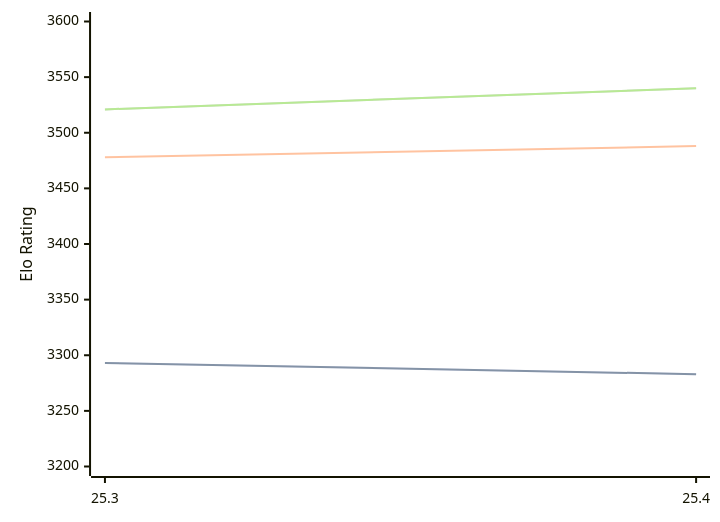
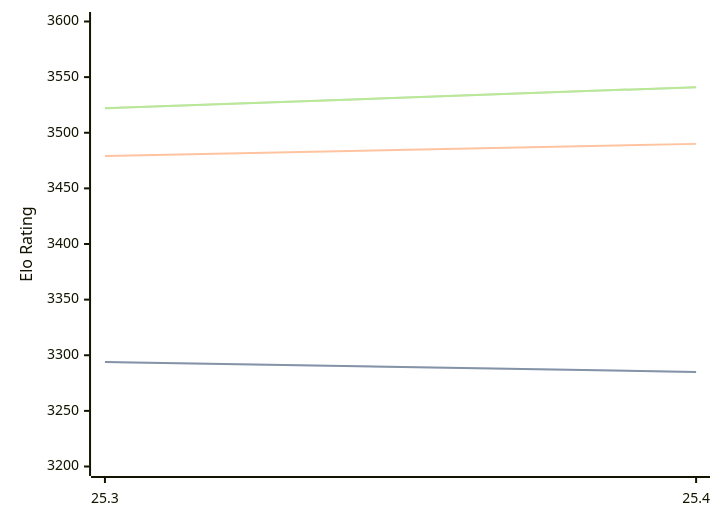
Before and after one commit to computer-chess-index/cci: the diagram in engines/Arasan.md, drawn with Mermaid. The commit also changed other lines of this file, not shown here.

Commit message:
Update CCI Ratings (ELO VLTC) - 2026-05-16

````diff
--- a/engines/Arasan.md
+++ b/engines/Arasan.md
@@ -33,11 +33,11 @@
 ```mermaid
 %%{init: {"theme":"base","themeVariables":{"seriesColors:['#a3a3a3','#222221','#faa371']}}}%%
 xychart-beta
   x-axis ["25.3", "25.4"]
   y-axis "Elo Rating" 3200 --> 3600
-  line "STC (8.0+0.08s)" [3293, 3283]
-  line "STC (8.0+0.08s)" [3293, 3283]
-  line "LTC (60.0+0.60s)" [3478, 3488]
-  line "VLTC (2m24s+1.12s)" [3521, 3540]
-  line "VLTC (2m24s+1.12s)" [3521, 3540]
+  line "STC (8.0+0.08s)" [3294, 3285]
+  line "STC (8.0+0.08s)" [3294, 3285]
+  line "LTC (60.0+0.60s)" [3479, 3490]
+  line "VLTC (2m24s+1.12s)" [3522, 3541]
+  line "VLTC (2m24s+1.12s)" [3522, 3541]
 ```
````
